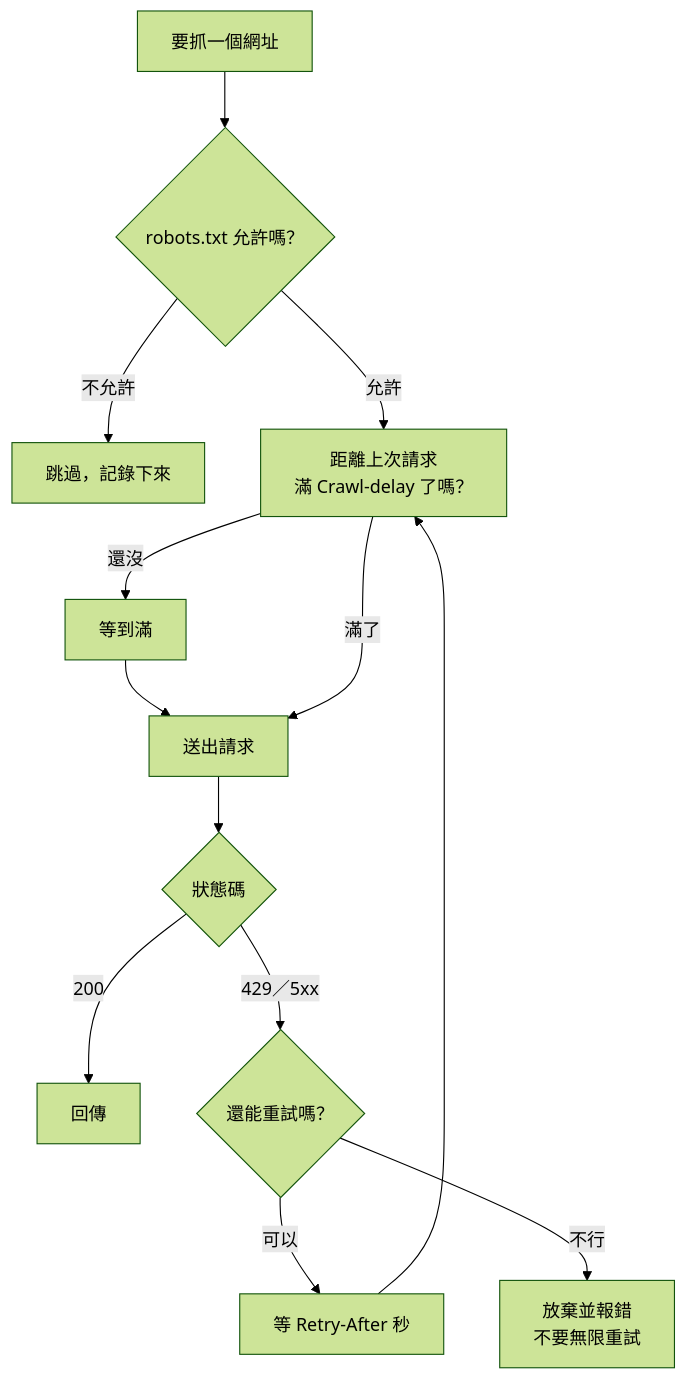
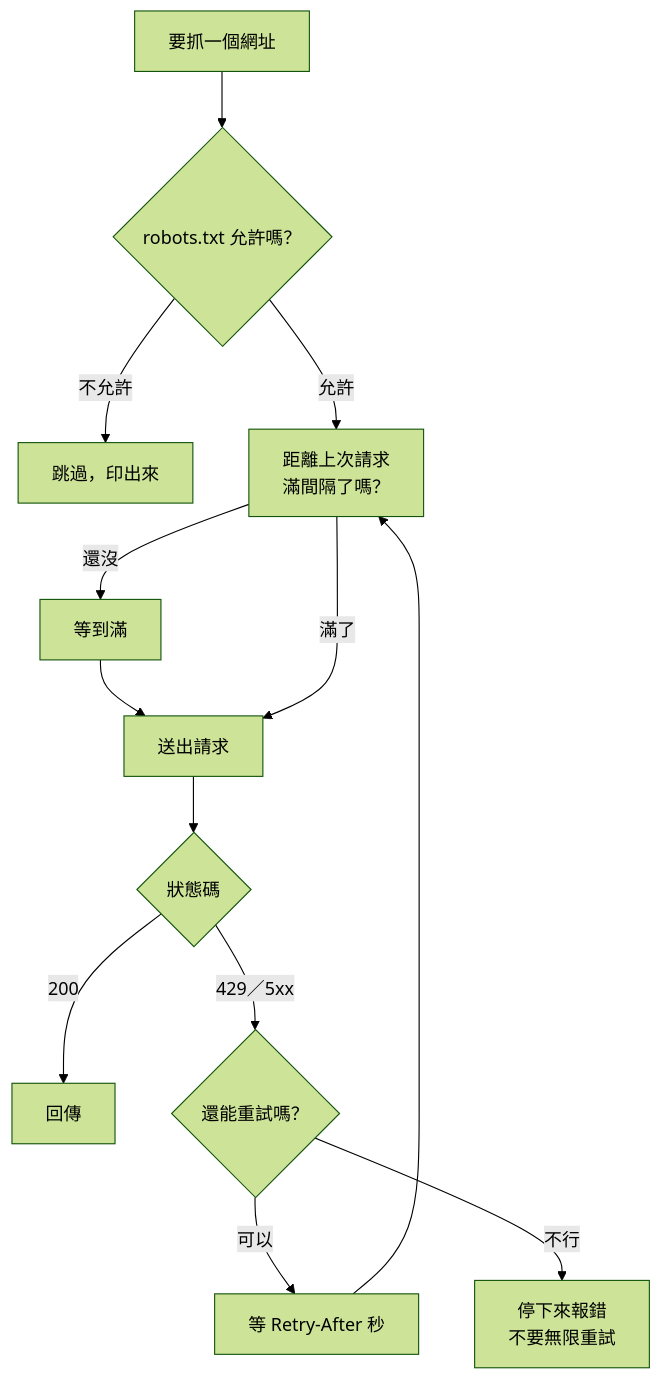
The first of 2 diagrams in docs/06.md (4-learn/python-web-crawler-demo), drawn with Mermaid (forest theme) before and after one commit. The commit also changed other lines of this file and 6 other files, not shown here.

````diff
--- a/docs/06.md
+++ b/docs/06.md
@@ -85,13 +98,13 @@
 ```mermaid
 graph TD
     A[要抓一個網址] --> B{robots.txt 允許嗎？}
-    B -->|不允許| X[跳過，記錄下來]
-    B -->|允許| C[距離上次請求<br/>滿 Crawl-delay 了嗎？]
+    B -->|不允許| X[跳過，印出來]
+    B -->|允許| C[距離上次請求<br/>滿間隔了嗎？]
     C -->|還沒| W[等到滿] --> D
     C -->|滿了| D[送出請求]
     D --> E{狀態碼}
     E -->|200| OK[回傳]
     E -->|429／5xx| F{還能重試嗎？}
     F -->|可以| G[等 Retry-After 秒] --> C
-    F -->|不行| Y[放棄並報錯<br/>不要無限重試]
+    F -->|不行| Y[停下來報錯<br/>不要無限重試]
 ```
````
